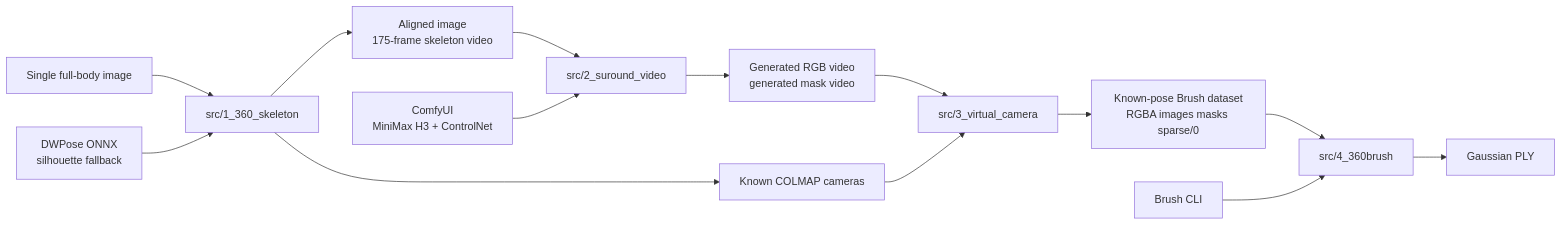
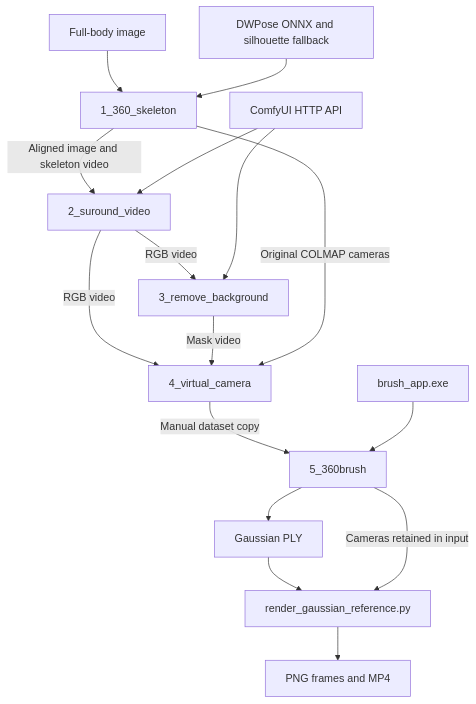
The first of 3 diagrams in README_EN.md (gkwang4912/VideoSplat), drawn with Mermaid before and after one commit. The commit also changed other lines of this file and 23 other files, not shown here.

Commit message:
V2 update: split 'generate video' and'remove_background' to two diffreant workflow fix the error when brush doing 3DGS, it can now generate the right .ply file now

````diff
--- a/README_EN.md
+++ b/README_EN.md
@@ -42,16 +42,18 @@
 ```mermaid
-flowchart LR
-    IMG[Single full-body image] --> S1[src/1_360_skeleton]
-    DW[DWPose ONNX<br/>silhouette fallback] --> S1
-    S1 --> CTRL[Aligned image<br/>175-frame skeleton video]
-    S1 --> CAM[Known COLMAP cameras]
-    CTRL --> S2[src/2_suround_video]
-    CF[ComfyUI<br/>MiniMax H3 + ControlNet] --> S2
-    S2 --> VID[Generated RGB video<br/>generated mask video]
-    VID --> S3[src/3_virtual_camera]
-    CAM --> S3
-    S3 --> DATA[Known-pose Brush dataset<br/>RGBA images masks sparse/0]
-    DATA --> S4[src/4_360brush]
-    BR[Brush CLI] --> S4
-    S4 --> PLY[Gaussian PLY]
+flowchart TB
+    I["Full-body image"] --> S1["1_360_skeleton"]
+    D["DWPose ONNX and silhouette fallback"] --> S1
+    S1 -->|"Aligned image and skeleton video"| S2["2_suround_video"]
+    API["ComfyUI HTTP API"] --> S2
+    S2 -->|"RGB video"| S3["3_remove_background"]
+    API --> S3
+    S2 -->|"RGB video"| S4["4_virtual_camera"]
+    S3 -->|"Mask video"| S4
+    S1 -->|"Original COLMAP cameras"| S4
+    S4 -->|"Manual dataset copy"| S5["5_360brush"]
+    B["brush_app.exe"] --> S5
+    S5 --> P["Gaussian PLY"]
+    P --> R["render_gaussian_reference.py"]
+    S5 -->|"Cameras retained in input"| R
+    R --> V["PNG frames and MP4"]
 ```
````
